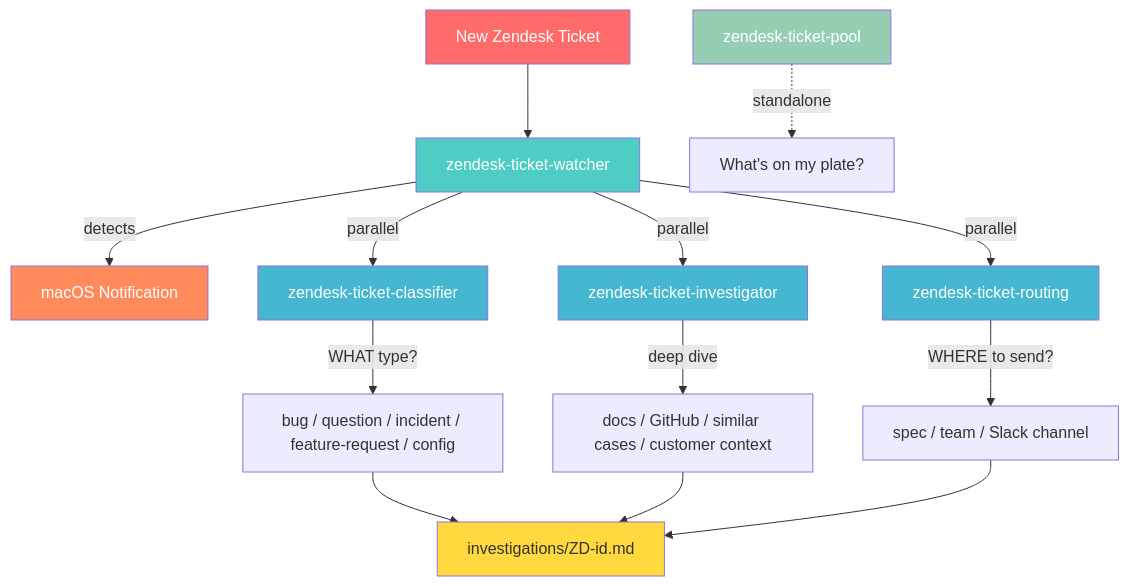
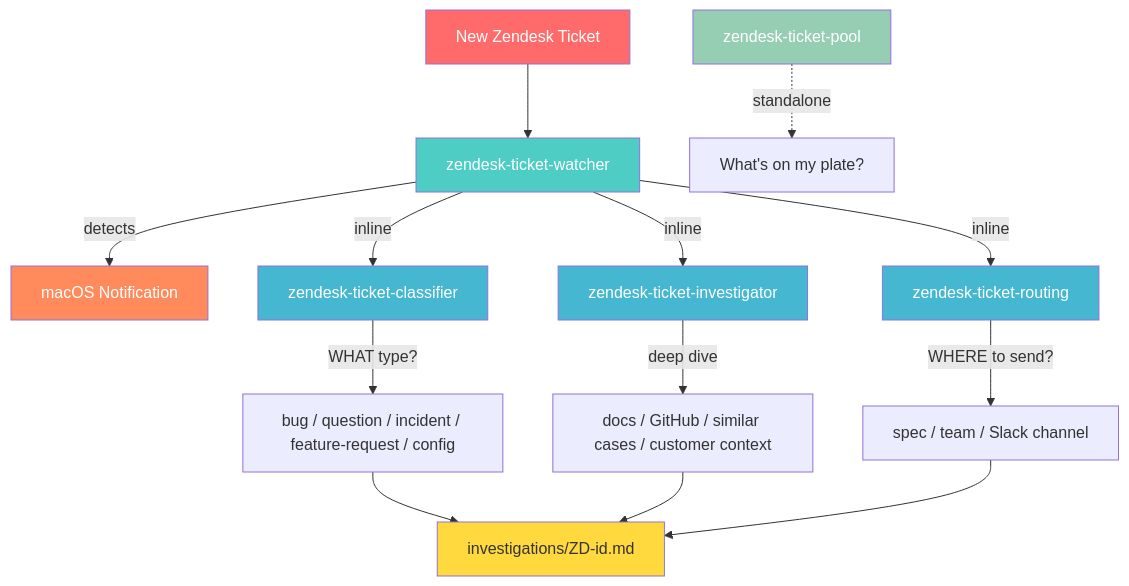
One commit to ddalexvea/datadog-cursor-diagnose-skills changed the diagram in README.md. Above: the diagram before and after it, drawn with Mermaid. The commit also changed other lines of this file, not shown here.

Commit message:
Update README pipeline diagram to reflect inline investigation
Made-with: Cursor

````diff
--- a/README.md
+++ b/README.md
@@ -56,27 +56,27 @@
 ```mermaid
 flowchart TD
     A[New Zendesk Ticket] --> B[zendesk-ticket-watcher]
     B -->|detects| N[macOS Notification]
-    B -->|parallel| C[zendesk-ticket-classifier]
-    B -->|parallel| D[zendesk-ticket-investigator]
-    B -->|parallel| E[zendesk-ticket-routing]
+    B -->|inline| C[zendesk-ticket-classifier]
+    B -->|inline| D[zendesk-ticket-investigator]
+    B -->|inline| E[zendesk-ticket-routing]
 
     C -->|WHAT type?| C1[bug / question / incident / feature-request / config]
     D -->|deep dive| D1[docs / GitHub / similar cases / customer context]
     E -->|WHERE to send?| E1[spec / team / Slack channel]
 
     C1 --> F[investigations/ZD-id.md]
     D1 --> F
     E1 --> F
 
     G[zendesk-ticket-pool] -.->|standalone| H[What's on my plate?]
 
     style A fill:#ff6b6b,color:#fff
     style B fill:#4ecdc4,color:#fff
     style C fill:#45b7d1,color:#fff
     style D fill:#45b7d1,color:#fff
     style E fill:#45b7d1,color:#fff
     style G fill:#96ceb4,color:#fff
     style F fill:#ffd93d,color:#333
     style N fill:#ff8a5c,color:#fff
 ```
````
